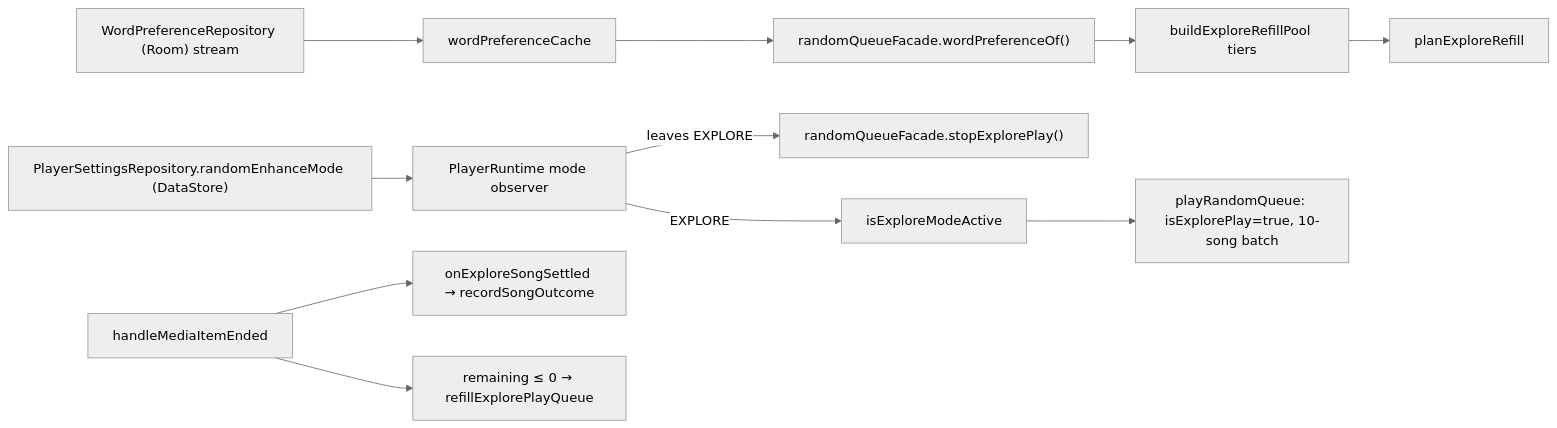
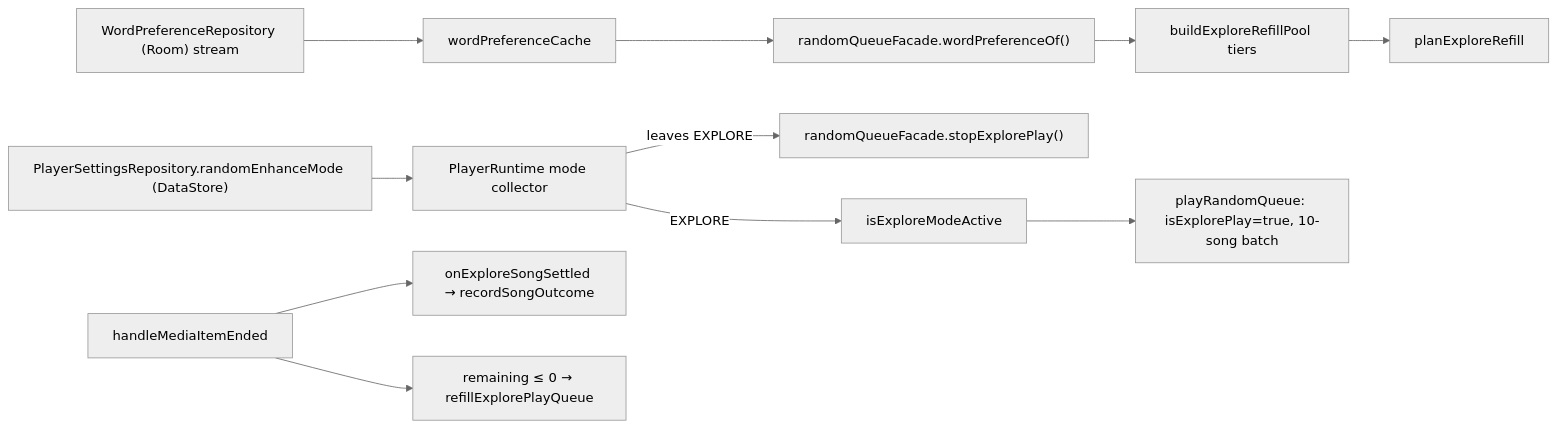
One commit to DefineMyCode/melody-in-heart-x changed the second of 2 diagrams in openwiki/player/random-and-infinite.md. Above: the diagram before and after it, drawn with Mermaid (neutral theme). The commit also changed other lines of this file and 42 other files, not shown here.

````diff
--- a/openwiki/player/random-and-infinite.md
+++ b/openwiki/player/random-and-infinite.md
@@ -293,13 +311,13 @@
 ```mermaid
 flowchart LR
-    MODE["PlayerSettingsRepository.randomEnhanceMode (DataStore)"] --> RB["PlayerRuntime mode observer"]
+    MODE["PlayerSettingsRepository.randomEnhanceMode (DataStore)"] --> RB["PlayerRuntime mode collector"]
     RB -->|"EXPLORE"| UI["isExploreModeActive"]
     RB -->|"leaves EXPLORE"| STOP["randomQueueFacade.stopExplorePlay()"]
     WPR["WordPreferenceRepository (Room) stream"] --> CACHE["wordPreferenceCache"]
     CACHE --> FAC["randomQueueFacade.wordPreferenceOf()"]
     FAC --> POOL["buildExploreRefillPool tiers"]
     POOL --> PLAN["planExploreRefill"]
     UI --> RQ["playRandomQueue: isExplorePlay=true, 10-song batch"]
     MEDIA["handleMediaItemEnded"] --> LEARN["onExploreSongSettled → recordSongOutcome"]
     MEDIA --> REFILL["remaining ≤ 0 → refillExplorePlayQueue"]
 ```
````
